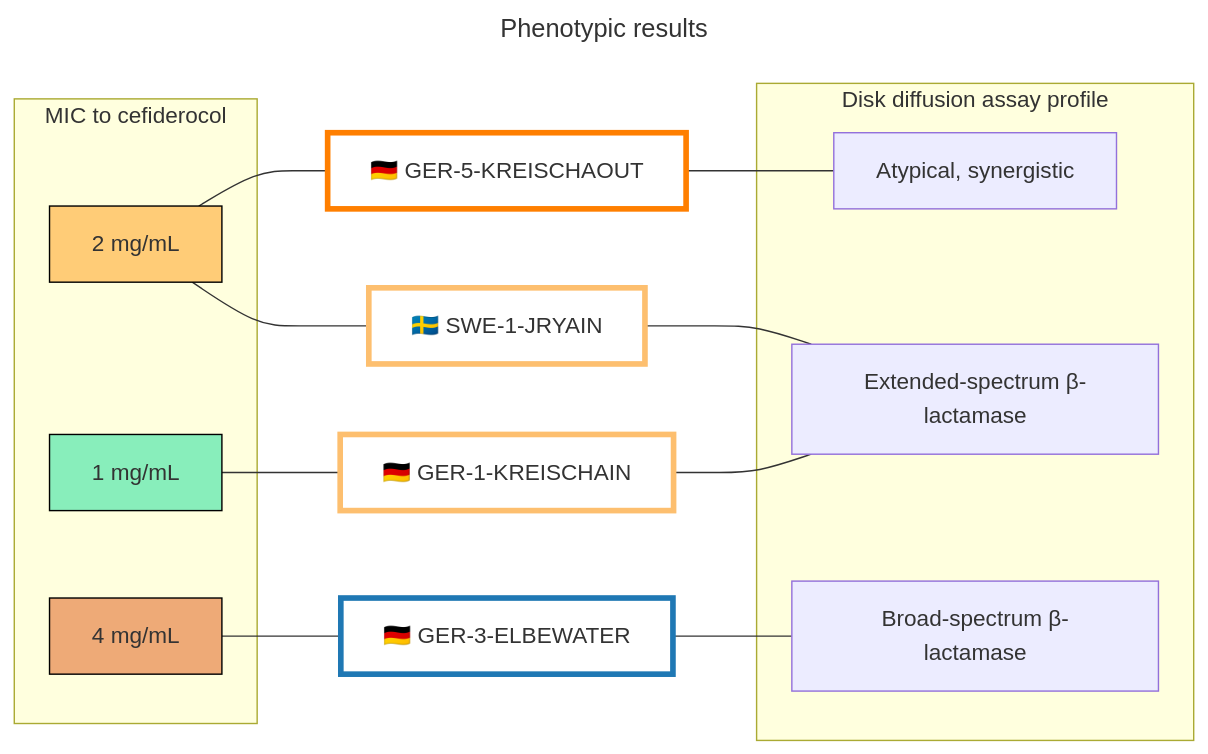
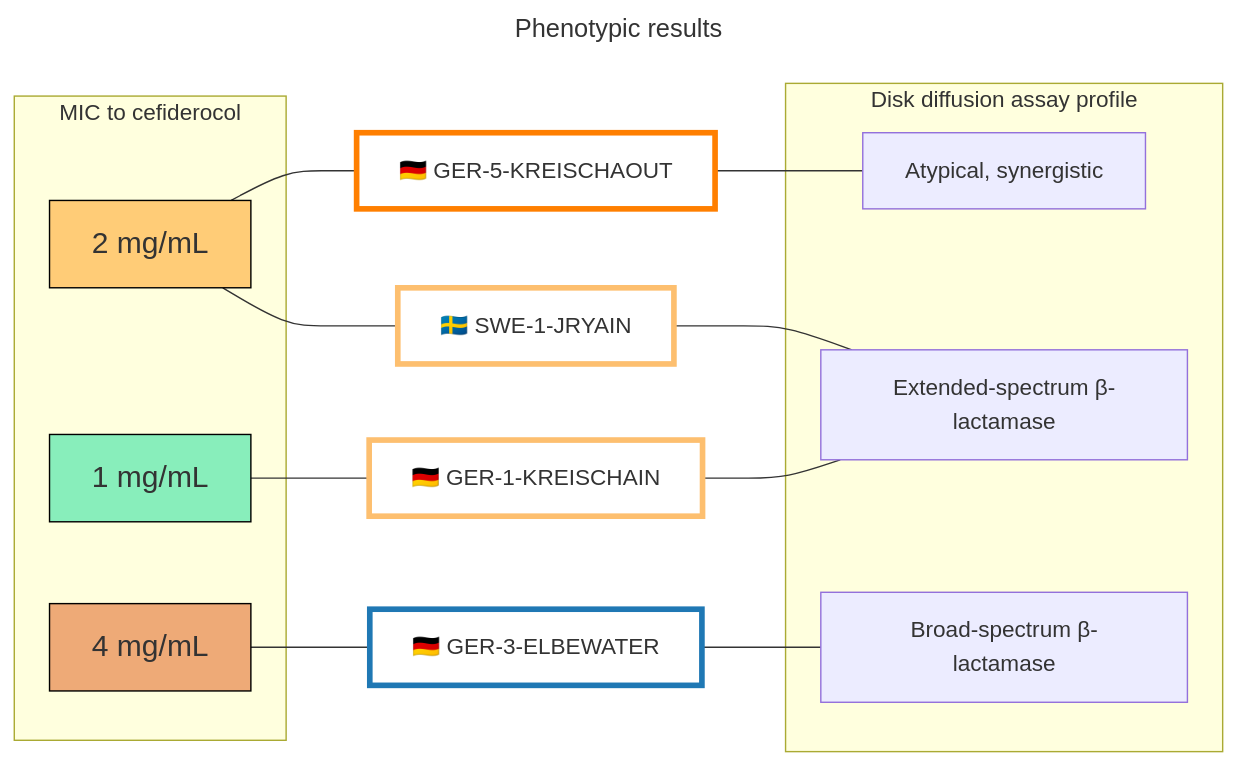
One commit to RemiGSC/Mgf_FDC changed the second of 2 diagrams in README.md. Above: the diagram before and after it, drawn with Mermaid. The commit also changed other lines of this file, not shown here.

````diff
--- a/README.md
+++ b/README.md
@@ -66,32 +66,32 @@
 ```mermaid
 ---
 title: Phenotypic results
 ---
 flowchart LR
 		subgraph DDA [Disk diffusion assay profile]
 			ESBL[Extended-spectrum β-lactamase]
 			Broad-spectrum[Broad-spectrum β-lactamase]
 			Atyp[Atypical, synergistic]
 		end
 
 		subgraph MIC [MIC to cefiderocol]
 			Two[2 mg/mL]
 			One[1 mg/mL]
 			Four[4 mg/mL]
 		end
 
 Two[2 mg/mL] --- C1[🇸🇪 SWE-1-JRYAIN] --- ESBL[Extended-spectrum β-lactamase]
 One[1 mg/mL] --- C3a[🇩🇪 GER-1-KREISCHAIN] --- ESBL
 Four[4 mg/mL] --- C3b[🇩🇪 GER-3-ELBEWATER] --- Broad-spectrum[Broad-spectrum β-lactamase]
 Two ---C3c[🇩🇪 GER-5-KREISCHAOUT] --- Atyp[Atypical, synergistic]
 
-style One stroke:#000,fill:#8eb
-style Two stroke:#000,fill:#fc7
-style Four stroke:#000,fill:#ea7
+style One stroke:#000,fill:#8eb,font-size:110%
+style Two stroke:#000,fill:#fc7,font-size:110%
+style Four stroke:#000,fill:#ea7,font-size:110%
 
 style C1 stroke:#fdbf6f,fill:#fff,stroke-width:4px
 style C3a stroke:#fdbf6f,fill:#fff,stroke-width:4px
 style C3b stroke:#1f78b4,fill:#fff,stroke-width:4px
 style C3c stroke:#ff7f00,fill:#fff,stroke-width:4px
 
 ```
````
